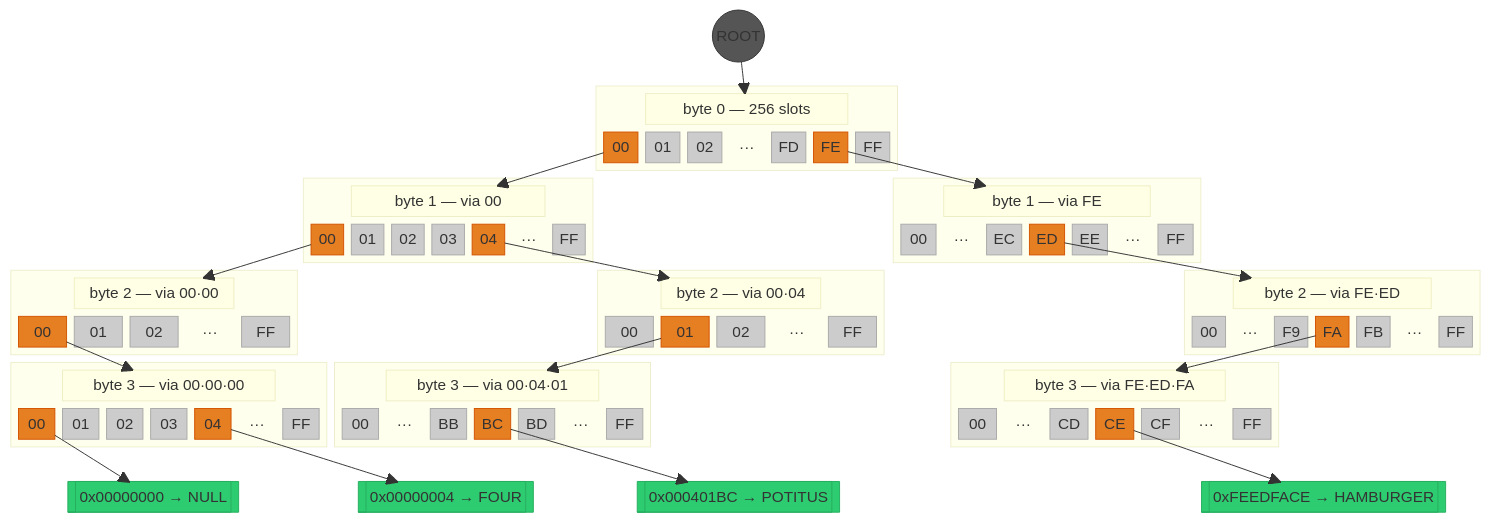
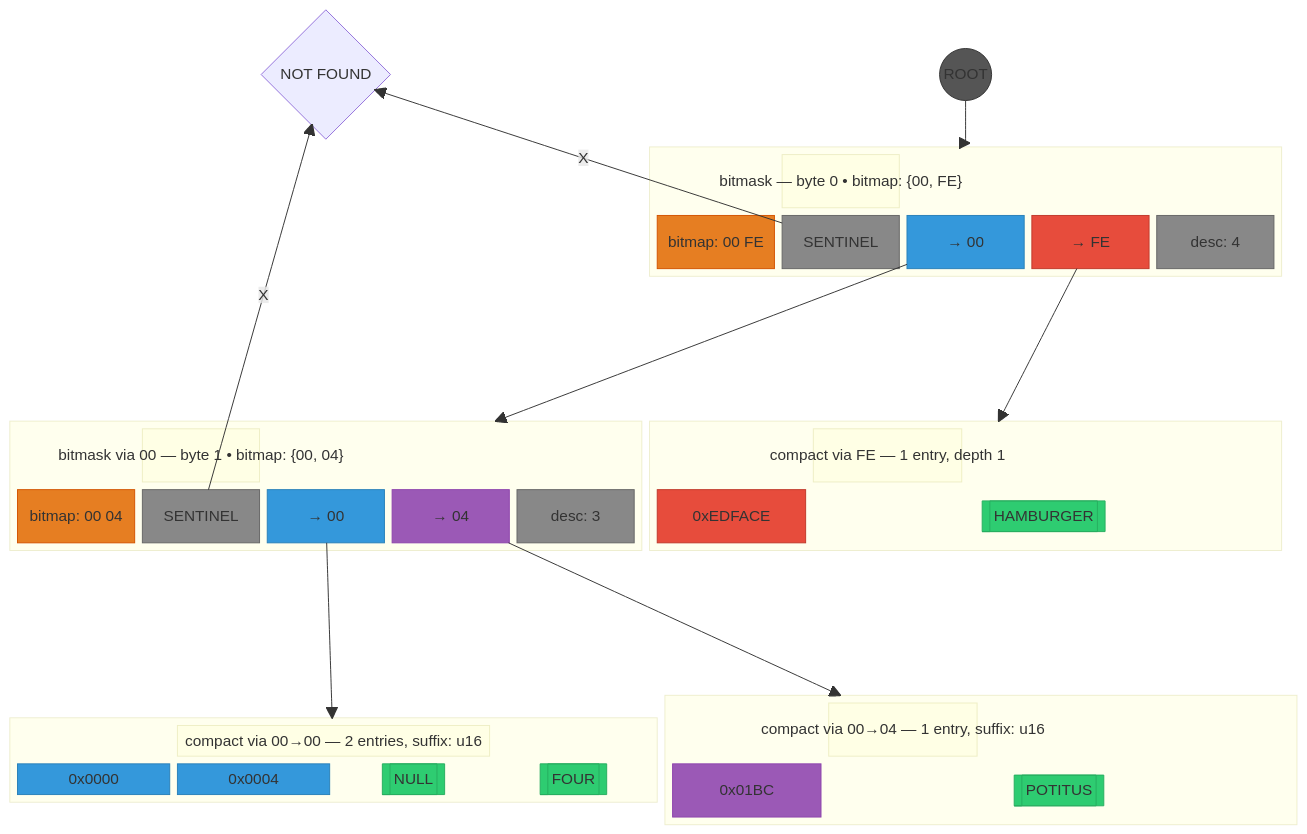
The diagram in test2.md (glennteitelbaum/KTRIE), drawn with Mermaid before and after one commit. The commit also changed other lines of this file, not shown here.

Commit message:
Revise KNTRIE Bitmask Nodes documentation
Updated the documentation for KNTRIE Bitmask Nodes, including changes to diagrams and descriptions of the bitmask dispatch levels.

````diff
--- a/test2.md
+++ b/test2.md
@@ -3,224 +5,95 @@
 ```mermaid
 block
-  columns 5
+  columns 2
 
- %% ── Level 0: root pointer ──────────────────────────────────
+  NF{"NOT FOUND"}
+  ROOT(("ROOT"))
+
   space
-  space
-  ROOT(("ROOT"))
-  space
-  space
-
-%% ── Level 0: root ───────────────────────────────────────────
-  space
-  space
-  block:L0
-    columns 7
+  block:BM0
+    columns 5
     space
-    block:l0_title("byte 0 — 256 slots"):5
+    block:bm0_title("bitmask — byte 0 • bitmap: {00, FE}"):3
       space
     end
     space
-    l0_00["00"] l0_01["01"] l0_02["02"] l0_g0["···"] l0_FD["FD"] l0_FE["FE"] l0_FF["FF"]
+    bm0_bmp["bitmap: 00 FE"] bm0_sent["SENTINEL"] bm0_c0["→ 00"] bm0_c1["→ FE"] bm0_desc["desc: 4"]
   end
-  space
-  space
 
-%% ── Level 1: two children ───────────────────────────────────
-    space
-    
-    block:L1_00
-      columns 7
+  space:2
+
+    block:BM1
+      columns 5
       space
-      block:l1a_title("byte 1 — via 00"):5
+      block:bm1_title("bitmask via 00 — byte 1 • bitmap: {00, 04}"):3
         space
       end
       space
-      l1a_00["00"] l1a_01["01"] l1a_02["02"] l1a_03["03"] l1a_04["04"] l1a_g0["···"] l1a_FF["FF"]
+      bm1_bmp["bitmap: 00 04"] bm1_sent["SENTINEL"] bm1_c0["→ 00"] bm1_c1["→ 04"] bm1_desc["desc: 3"]
     end
 
-    space
-
-    block:L1_FE
-      columns 7
+    block:CK_FE
+      columns 4
       space
-      block:l1b_title("byte 1 — via FE"):5
+      block:ckfe_title("compact via FE — 1 entry, depth 1"):2
         space
       end
       space
-      l1b_00["00"] l1b_g0["···"] l1b_EC["EC"] l1b_ED["ED"] l1b_EE["EE"] l1b_g1["···"] l1b_FF["FF"]
+      ckfe_k0["0xEDFACE"] space ckfe_V0[["HAMBURGER"]] space 
     end
 
-    space
+    space:2
 
-%% ── Level 2: three children ─────────────────────────────────
-
-    block:L2_00_00
-      columns 5
+    block:CK_00
+      columns 4
       space
-      block:l2a_title("byte 2 — via 00·00"):3
+      block:ck00_title("compact via 00→00 — 2 entries, suffix: u16"):2
         space
       end
       space
-      l2a_00["00"] l2a_01["01"] l2a_02["02"] l2a_g0["···"] l2a_FF["FF"]
+      ck00_k0["0x0000"] ck00_k1["0x0004"] ck00_V0[["NULL"]] ck00_V1[["FOUR"]]
     end
 
-    space
-
-    block:L2_00_04
-      columns 5
+    block:CK_04
+      columns 4
       space
-      block:l2b_title("byte 2 — via 00·04"):3
+      block:ck04_title("compact via 00→04 — 1 entry, suffix: u16"):2
         space
       end
       space
-      l2b_00["00"] l2b_01["01"] l2b_02["02"] l2b_g0["···"] l2b_FF["FF"]
+      ck04_k0["0x01BC"] space ck04_V0[["POTITUS"]] space
     end
 
-    space
-
-    block:L2_FE_ED
-      columns 7
-      space
-      block:l2c_title("byte 2 — via FE·ED"):5
-        space
-      end
-      space
-      l2c_00["00"] l2c_g0["···"] l2c_F9["F9"] l2c_FA["FA"] l2c_FB["FB"] l2c_g1["···"] l2c_FF["FF"]
-    end
-
-%% ── Level 3: three leaves ───────────────────────────────────
-
-    block:L3_00_00_00
-      columns 7
-      space
-      block:l3a_title("byte 3 — via 00·00·00"):5
-        space
-      end
-      space
-      l3a_00["00"] l3a_01["01"] l3a_02["02"] l3a_03["03"] l3a_04["04"] l3a_g0["···"] l3a_FF["FF"]
-    end
-
-    block:L3_00_04_01
-      columns 7
-      space
-      block:l3b_title("byte 3 — via 00·04·01"):5
-        space
-      end
-      space
-      l3b_00["00"] l3b_g0["···"] l3b_BB["BB"] l3b_BC["BC"] l3b_BD["BD"] l3b_g1["···"] l3b_FF["FF"]
-    end
-
-    space
-
-    block:L3_FE_ED_FA
-      columns 7
-      space
-      block:l3c_title("byte 3 — via FE·ED·FA"):5
-        space
-      end
-      space
-      l3c_00["00"] l3c_g0["···"] l3c_CD["CD"] l3c_CE["CE"] l3c_CF["CF"] l3c_g1["···"] l3c_FF["FF"]
-    end
-
-    space
-
-%% ── Values ──────────────────────────────────────────────────
-    val0[["0x00000000 → NULL"]]
-    val1[["0x00000004 → FOUR"]]
-    val2[["0x000401BC → POTITUS"]]
-    space
-    val3[["0xFEEDFACE → HAMBURGER"]]
-
-
-%% ── Edges ───────────────────────────────────────────────────
-  ROOT --> l0_title
-  l0_00 --> l1a_title
-  l0_FE --> l1b_title
-  l1a_00 --> l2a_title
-  l1a_04 --> l2b_title
-  l1b_ED --> l2c_title
-  l2a_00 --> l3a_title
-  l2b_01 --> l3b_title
-  l2c_FA --> l3c_title
-  l3a_00 --> val0
-  l3a_04 --> val1
-  l3b_BC --> val2
-  l3c_CE --> val3
-
-%% ── Styles ──────────────────────────────────────────────────
-
-%% Used slots — orange
-  style l0_00 fill:#e67e22,color:#fff,stroke:#d35400
-  style l0_FE fill:#e67e22,color:#fff,stroke:#d35400
-  style l1a_00 fill:#e67e22,color:#fff,stroke:#d35400
-  style l1a_04 fill:#e67e22,color:#fff,stroke:#d35400
-  style l1b_ED fill:#e67e22,color:#fff,stroke:#d35400
-  style l2a_00 fill:#e67e22,color:#fff,stroke:#d35400
-  style l2b_01 fill:#e67e22,color:#fff,stroke:#d35400
-  style l2c_FA fill:#e67e22,color:#fff,stroke:#d35400
-  style l3a_00 fill:#e67e22,color:#fff,stroke:#d35400
-  style l3a_04 fill:#e67e22,color:#fff,stroke:#d35400
-  style l3b_BC fill:#e67e22,color:#fff,stroke:#d35400
-  style l3c_CE fill:#e67e22,color:#fff,stroke:#d35400
-
-%% Empty slots — grey
-  style l0_01 fill:#ccc,color:#666,stroke:#aaa
-  style l0_02 fill:#ccc,color:#666,stroke:#aaa
-  style l0_FD fill:#ccc,color:#666,stroke:#aaa
-  style l0_FF fill:#ccc,color:#666,stroke:#aaa
-  style l1a_01 fill:#ccc,color:#666,stroke:#aaa
-  style l1a_02 fill:#ccc,color:#666,stroke:#aaa
-  style l1a_03 fill:#ccc,color:#666,stroke:#aaa
-  style l1a_FF fill:#ccc,color:#666,stroke:#aaa
-  style l1b_00 fill:#ccc,color:#666,stroke:#aaa
-  style l1b_EC fill:#ccc,color:#666,stroke:#aaa
-  style l1b_EE fill:#ccc,color:#666,stroke:#aaa
-  style l1b_FF fill:#ccc,color:#666,stroke:#aaa
-  style l2a_01 fill:#ccc,color:#666,stroke:#aaa
-  style l2a_02 fill:#ccc,color:#666,stroke:#aaa
-  style l2a_FF fill:#ccc,color:#666,stroke:#aaa
-  style l2b_00 fill:#ccc,color:#666,stroke:#aaa
-  style l2b_02 fill:#ccc,color:#666,stroke:#aaa
-  style l2b_FF fill:#ccc,color:#666,stroke:#aaa
-  style l2c_00 fill:#ccc,color:#666,stroke:#aaa
-  style l2c_F9 fill:#ccc,color:#666,stroke:#aaa
-  style l2c_FB fill:#ccc,color:#666,stroke:#aaa
-  style l2c_FF fill:#ccc,color:#666,stroke:#aaa
-  style l3a_01 fill:#ccc,color:#666,stroke:#aaa
-  style l3a_02 fill:#ccc,color:#666,stroke:#aaa
-  style l3a_03 fill:#ccc,color:#666,stroke:#aaa
-  style l3a_FF fill:#ccc,color:#666,stroke:#aaa
-  style l3b_00 fill:#ccc,color:#666,stroke:#aaa
-  style l3b_BB fill:#ccc,color:#666,stroke:#aaa
-  style l3b_BD fill:#ccc,color:#666,stroke:#aaa
-  style l3b_FF fill:#ccc,color:#666,stroke:#aaa
-  style l3c_00 fill:#ccc,color:#666,stroke:#aaa
-  style l3c_CD fill:#ccc,color:#666,stroke:#aaa
-  style l3c_CF fill:#ccc,color:#666,stroke:#aaa
-  style l3c_FF fill:#ccc,color:#666,stroke:#aaa
-
-%% Gaps — dotted
-  style l0_g0 fill:none,color:#999,stroke:none
-  style l1a_g0 fill:none,color:#999,stroke:none
-  style l1b_g0 fill:none,color:#999,stroke:none
-  style l1b_g1 fill:none,color:#999,stroke:none
-  style l2a_g0 fill:none,color:#999,stroke:none
-  style l2b_g0 fill:none,color:#999,stroke:none
-  style l2c_g0 fill:none,color:#999,stroke:none
-  style l2c_g1 fill:none,color:#999,stroke:none
-  style l3a_g0 fill:none,color:#999,stroke:none
-  style l3b_g0 fill:none,color:#999,stroke:none
-  style l3b_g1 fill:none,color:#999,stroke:none
-  style l3c_g0 fill:none,color:#999,stroke:none
-  style l3c_g1 fill:none,color:#999,stroke:none
-
-%% Values — green
-  style val0 fill:#2ecc71,color:#fff,stroke:#27ae60
-  style val1 fill:#2ecc71,color:#fff,stroke:#27ae60
-  style val2 fill:#2ecc71,color:#fff,stroke:#27ae60
-  style val3 fill:#2ecc71,color:#fff,stroke:#27ae60
+  ROOT --> BM0
+  bm0_c0 --> BM1
+  bm0_c1 --> CK_FE
+  bm1_c0 --> CK_00
+  bm1_c1 --> CK_04
+  bm0_sent-- "X" -->NF
+  bm1_sent-- "X" -->NF
 
   style ROOT fill:#555,color:#fff,stroke:#333
 
+  style bm0_bmp fill:#e67e22,color:#fff,stroke:#d35400
+  style bm0_sent fill:#888,color:#fff,stroke:#666
+  style bm0_c0 fill:#3498db,color:#fff,stroke:#2980b9
+  style bm0_c1 fill:#e74c3c,color:#fff,stroke:#c0392b
+  style bm0_desc fill:#888,color:#fff,stroke:#666
+
+  style bm1_bmp fill:#e67e22,color:#fff,stroke:#d35400
+  style bm1_sent fill:#888,color:#fff,stroke:#666
+  style bm1_c0 fill:#3498db,color:#fff,stroke:#2980b9
+  style bm1_c1 fill:#9b59b6,color:#fff,stroke:#8e44ad
+  style bm1_desc fill:#888,color:#fff,stroke:#666
+
+  style ck00_k0 fill:#3498db,color:#fff,stroke:#2980b9
+  style ck00_k1 fill:#3498db,color:#fff,stroke:#2980b9
+  style ck00_V0 fill:#2ecc71,color:#fff,stroke:#27ae60
+  style ck00_V1 fill:#2ecc71,color:#fff,stroke:#27ae60
+
+  style ck04_k0 fill:#9b59b6,color:#fff,stroke:#8e44ad
+  style ck04_V0 fill:#2ecc71,color:#fff,stroke:#27ae60
+
+  style ckfe_k0 fill:#e74c3c,color:#fff,stroke:#c0392b
+  style ckfe_V0 fill:#2ecc71,color:#fff,stroke:#27ae60
 ```
````
